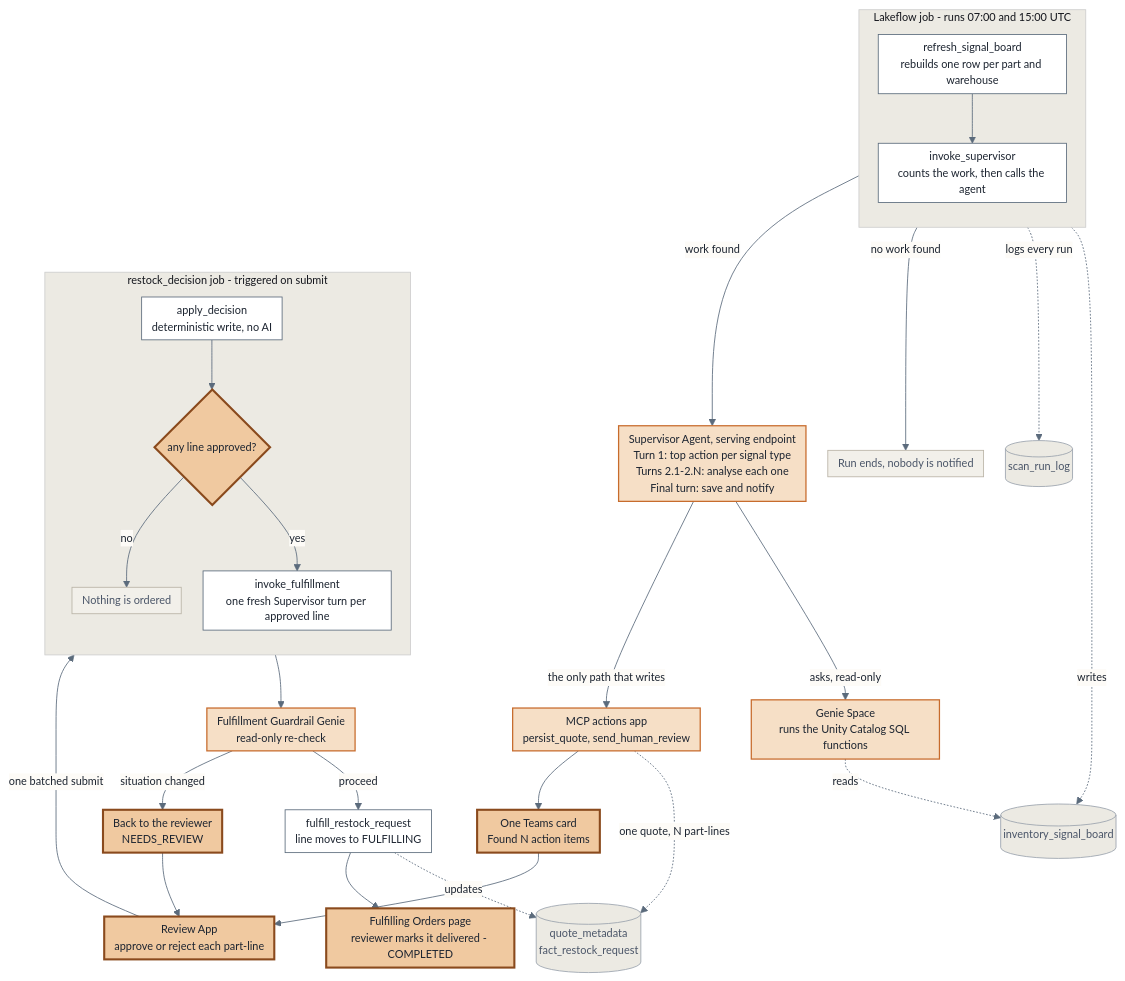
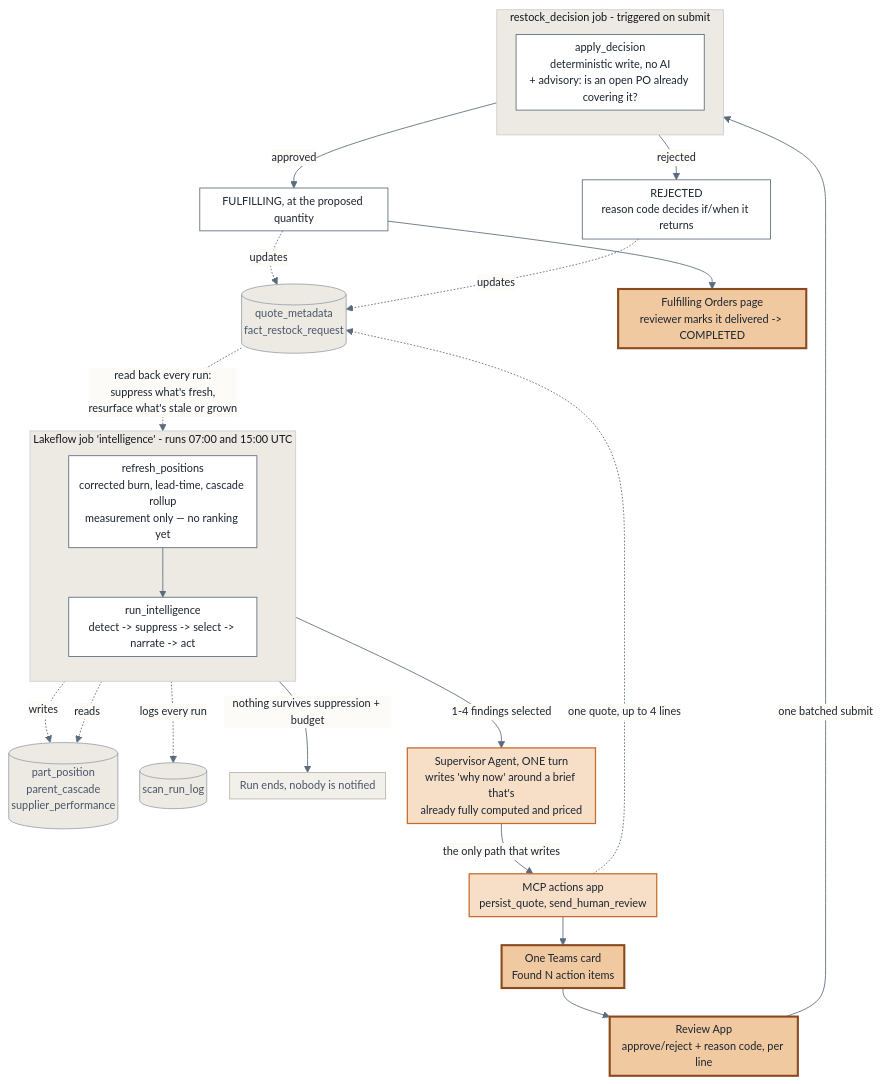
The diagram in docs/end_to_end_walkthrough.md (anurag-foc/restock_agent), drawn with Mermaid before and after one commit. The commit also changed other lines of this file and 28 other files, not shown here.

````diff
--- a/docs/end_to_end_walkthrough.md
+++ b/docs/end_to_end_walkthrough.md
@@ -39,55 +40,49 @@
 ```mermaid
 %%{init: {"theme":"base","flowchart":{"useMaxWidth":true,"nodeSpacing":26,"rankSpacing":34,"padding":6,"curve":"basis"},"themeVariables":{"background":"#fdfbf7","primaryColor":"#ffffff","primaryTextColor":"#1c2430","primaryBorderColor":"#5b6b7c","secondaryColor":"#f6dfc6","tertiaryColor":"#eceae3","lineColor":"#5b6b7c","textColor":"#1c2430","nodeTextColor":"#1c2430","edgeLabelBackground":"#fdfbf7","fontSize":"13px"}}}%%
 flowchart TD
-    subgraph JOB1["Lakeflow job - runs 07:00 and 15:00 UTC"]
+    subgraph JOB1["Lakeflow job 'intelligence' - runs 07:00 and 15:00 UTC"]
         direction TB
-        A["refresh_signal_board<br/>rebuilds one row per part and warehouse"]
-        B["invoke_supervisor<br/>counts the work, then calls the agent"]
+        A["refresh_positions<br/>corrected burn, lead-time, cascade rollup<br/>measurement only — no ranking yet"]
+        B["run_intelligence<br/>detect -> suppress -> select -> narrate -> act"]
         A --> B
     end
 
-    A -. writes .-> BOARD[("inventory_signal_board")]
+    A -. writes .-> POS[("part_position<br/>parent_cascade<br/>supplier_performance")]
+    B -. reads .-> POS
     B -. logs every run .-> LOG[("scan_run_log")]
 
-    B -->|"no work found"| NOOP["Run ends, nobody is notified"]
-    B -->|"work found"| SUP["Supervisor Agent, serving endpoint<br/>Turn 1: top action per signal type<br/>Turns 2.1-2.N: analyse each one<br/>Final turn: save and notify"]
+    B -->|"nothing survives suppression + budget"| NOOP["Run ends, nobody is notified"]
+    B -->|"1-4 findings selected"| SUP["Supervisor Agent, ONE turn<br/>writes 'why now' around a brief that's<br/>already fully computed and priced"]
 
-    SUP -->|"asks, read-only"| GENIE["Genie Space<br/>runs the Unity Catalog SQL functions"]
-    GENIE -. reads .-> BOARD
     SUP -->|"the only path that writes"| MCP["MCP actions app<br/>persist_quote, send_human_review"]
-    MCP -. "one quote, N part-lines" .-> QUOTE[("quote_metadata<br/>fact_restock_request")]
+    MCP -. "one quote, up to 4 lines" .-> QUOTE[("quote_metadata<br/>fact_restock_request")]
     MCP --> TEAMS["One Teams card<br/>Found N action items"]
 
-    TEAMS --> APP["Review App<br/>approve or reject each part-line"]
+    TEAMS --> APP["Review App<br/>approve/reject + reason code, per line"]
 
     subgraph JOB2["restock_decision job - triggered on submit"]
         direction TB
-        C["apply_decision<br/>deterministic write, no AI"]
-        D{"any line approved?"}
-        NONE["Nothing is ordered"]
-        E["invoke_fulfillment<br/>one fresh Supervisor turn per approved line"]
-        C --> D
-        D -->|"no"| NONE
-        D -->|"yes"| E
+        C["apply_decision<br/>deterministic write, no AI<br/>+ advisory: is an open PO already covering it?"]
     end
 
     APP -->|"one batched submit"| C
+    C -->|"approved"| FUL["FULFILLING, at the proposed quantity"]
+    C -->|"rejected"| REJ["REJECTED<br/>reason code decides if/when it returns"]
 
-    E --> GUARD["Fulfillment Guardrail Genie<br/>read-only re-check"]
-    GUARD -->|"proceed"| FUL["fulfill_restock_request<br/>line moves to FULFILLING"]
-    GUARD -->|"situation changed"| BACK["Back to the reviewer<br/>NEEDS_REVIEW"]
     FUL -. updates .-> QUOTE
-    FUL --> DELIV["Fulfilling Orders page<br/>reviewer marks it delivered - COMPLETED"]
-    BACK --> APP
+    FUL --> DELIV["Fulfilling Orders page<br/>reviewer marks it delivered -> COMPLETED"]
+    REJ -. updates .-> QUOTE
+
+    QUOTE -. "read back every run:<br/>suppress what's fresh,<br/>resurface what's stale or grown" .-> B
 
     classDef task fill:#ffffff,stroke:#5b6b7c,stroke-width:1px,color:#1c2430
     classDef ai fill:#f6dfc6,stroke:#c76b2c,stroke-width:1.5px,color:#1c2430
     classDef human fill:#f0c9a0,stroke:#8a4a1d,stroke-width:2.5px,color:#1c2430
     classDef data fill:#eceae3,stroke:#9aa3ad,stroke-width:1px,color:#4a5568
     classDef quiet fill:#f2f0ea,stroke:#b9b3a6,stroke-width:1px,color:#4a5568
-    class A,B,C,E,FUL task
-    class SUP,GENIE,MCP,GUARD ai
-    class D,APP,TEAMS,DELIV,BACK human
-    class BOARD,LOG,QUOTE data
-    class NOOP,NONE quiet
+    class A,B,C,FUL,REJ task
+    class SUP,MCP ai
+    class APP,TEAMS,DELIV human
+    class POS,LOG,QUOTE data
+    class NOOP quiet
 ```
````
